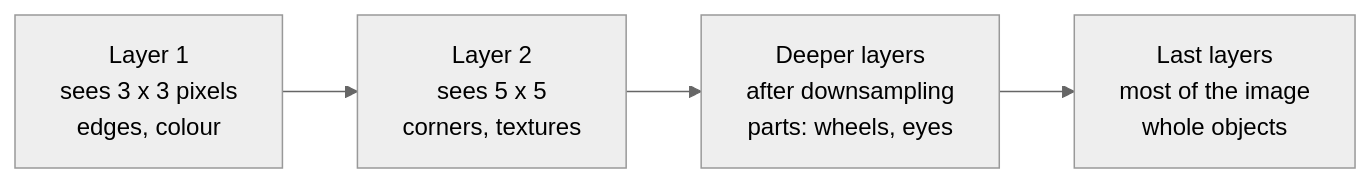
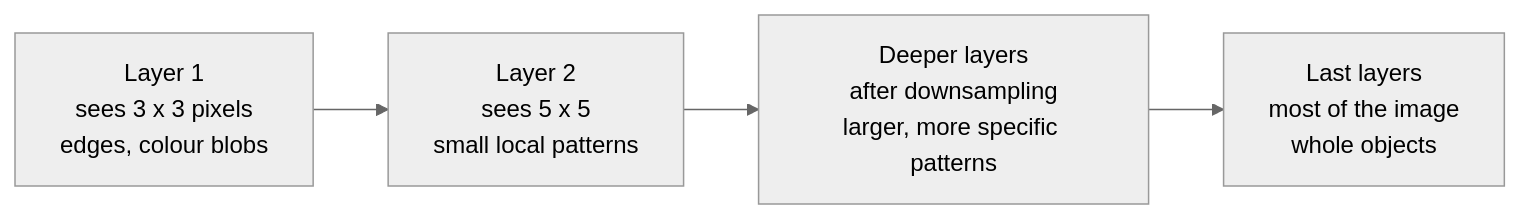
The diagram in cnns/from-edges-to-objects.md (aakashagg123/gatsby), drawn with Mermaid (neutral theme) before and after one commit. The commit also changed other lines of this file and 21 other files, not shown here.

````diff
--- a/cnns/from-edges-to-objects.md
+++ b/cnns/from-edges-to-objects.md
@@ -27,6 +27,6 @@
 ```mermaid
 flowchart LR
-  L1["Layer 1<br/>sees 3 x 3 pixels<br/>edges, colour"] --> L2["Layer 2<br/>sees 5 x 5<br/>corners, textures"]
-  L2 --> L3["Deeper layers<br/>after downsampling<br/>parts: wheels, eyes"]
+  L1["Layer 1<br/>sees 3 x 3 pixels<br/>edges, colour blobs"] --> L2["Layer 2<br/>sees 5 x 5<br/>small local patterns"]
+  L2 --> L3["Deeper layers<br/>after downsampling<br/>larger, more specific patterns"]
   L3 --> L4["Last layers<br/>most of the image<br/>whole objects"]
 ```
````
